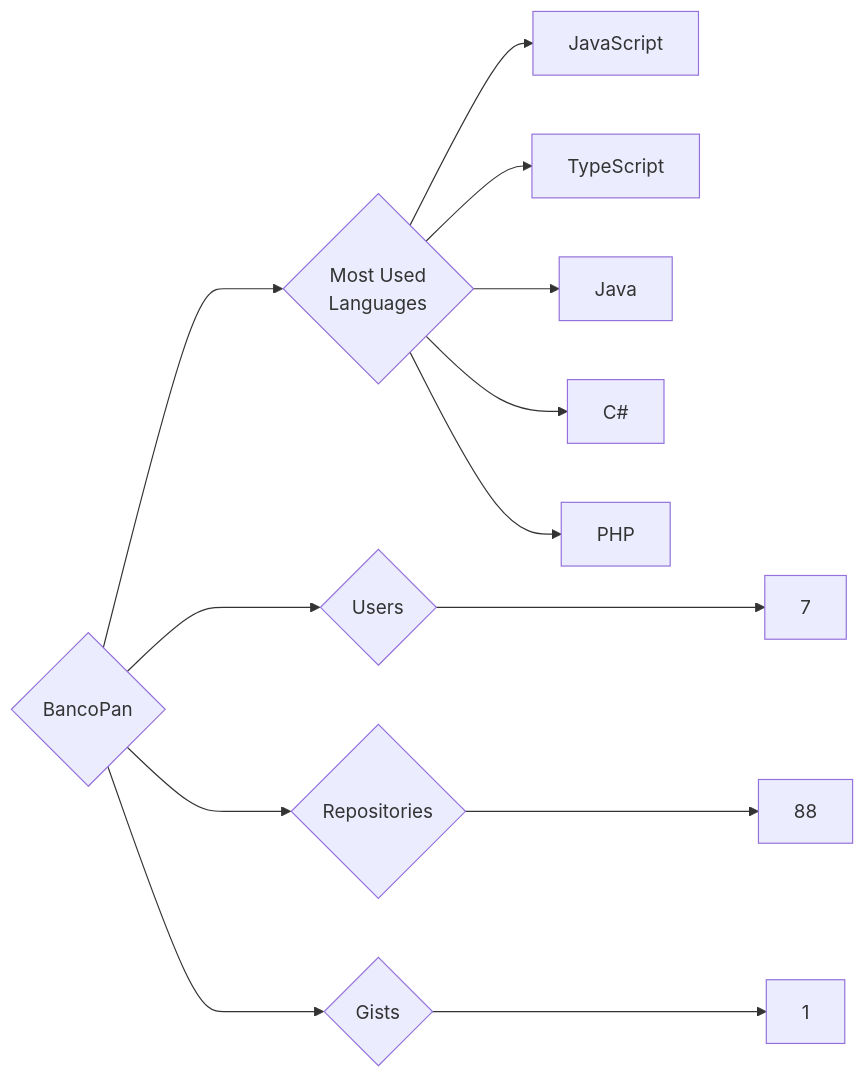
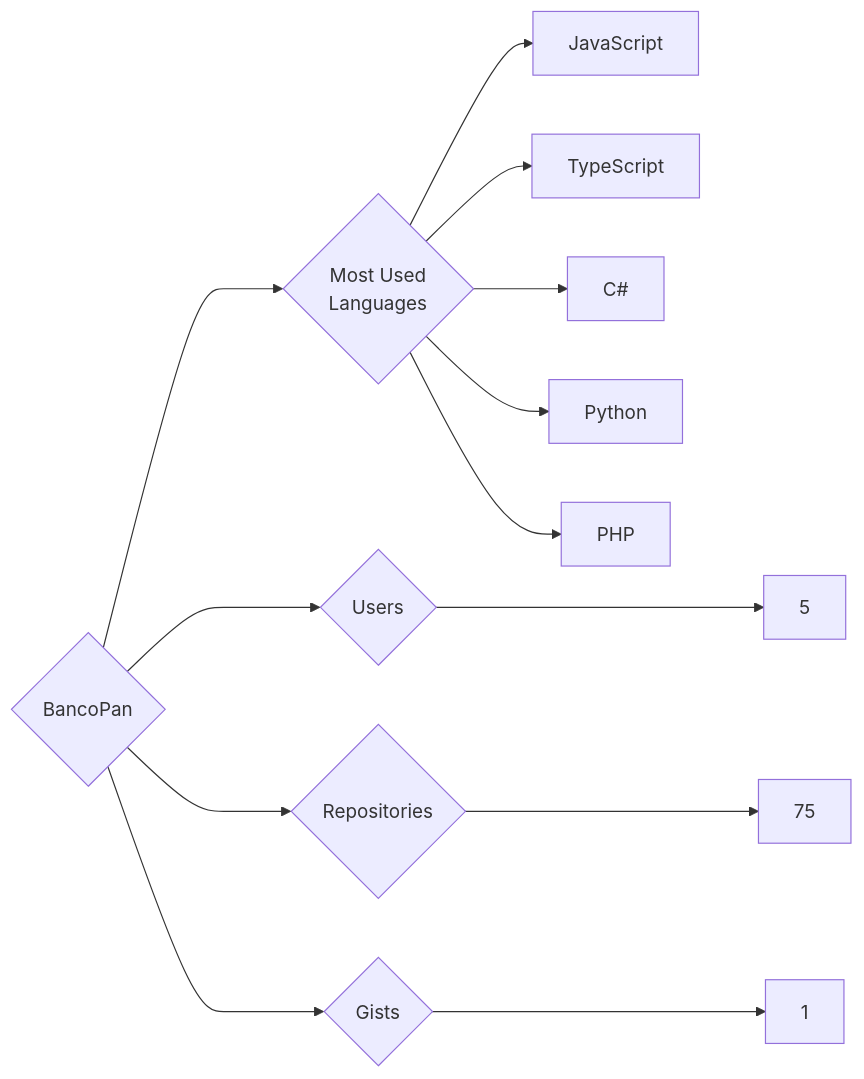
Before and after one commit to trickest/insiders: the diagram in targets/BancoPan/README.md, drawn with Mermaid. The commit also changed 993 other files, not shown here.

````diff
--- a/targets/BancoPan/README.md
+++ b/targets/BancoPan/README.md
@@ -3,13 +3,13 @@
 ```mermaid
 graph LR
 COMPANY_NAME{BancoPan}
-COMPANY_NAME ---> U{Users} ---> UN[7]
-COMPANY_NAME ---> R{Repositories} ---> RN[88]
+COMPANY_NAME ---> U{Users} ---> UN[5]
+COMPANY_NAME ---> R{Repositories} ---> RN[75]
 COMPANY_NAME ---> G{Gists} ---> GN[1]
 COMPANY_NAME ---> ML{Most Used<br>Languages}
 ML --> JavaScript[JavaScript]
 ML --> TypeScript[TypeScript]
-ML --> Java[Java]
 ML --> C#[C#]
+ML --> Python[Python]
 ML --> PHP[PHP]
 ```
````
